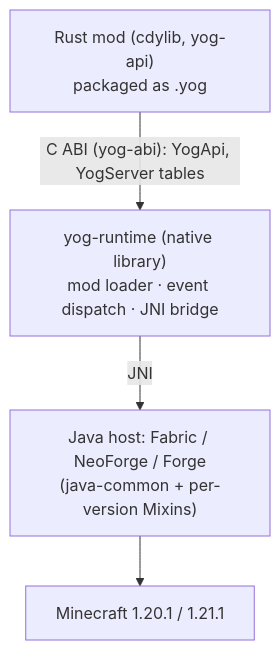
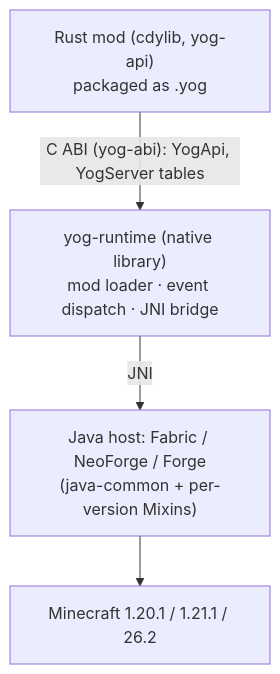
The diagram in README.md (F000NKKK/Yog-Mod-Loader), drawn with Mermaid before and after one commit. The commit also changed other lines of this file and 2 other files, not shown here.

````diff
--- a/README.md
+++ b/README.md
@@ -394,10 +401,10 @@
 ```mermaid
 flowchart TB
     mod["Rust mod (cdylib, yog-api)<br/>packaged as .yog"]
     rt["yog-runtime (native library)<br/>mod loader · event dispatch · JNI bridge"]
     host["Java host: Fabric / NeoForge / Forge<br/>(java-common + per-version Mixins)"]
-    mc["Minecraft 1.20.1 / 1.21.1"]
+    mc["Minecraft 1.20.1 / 1.21.1 / 26.2"]
     mod -- "C ABI (yog-abi): YogApi, YogServer tables" --> rt
     rt -- "JNI" --> host
     host --> mc
 ```
````
